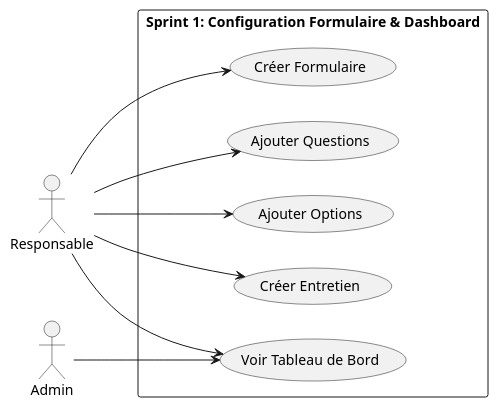
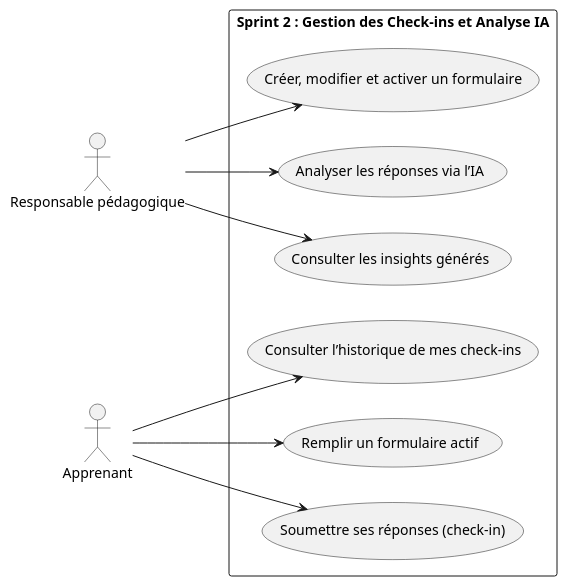
The diagram in Branche Fonctionnelle/Analyse/UseCaseSprint2.puml (bardichoussama/FileRouge), drawn with PlantUML before and after one commit. The commit also changed 348 other files, not shown here.

```diff
--- a/Branche Fonctionnelle/Analyse/UseCaseSprint2.puml
+++ b/Branche Fonctionnelle/Analyse/UseCaseSprint2.puml
@@ -1,23 +1,25 @@
 @startuml
 left to right direction
 
-actor Responsable
-actor Admin
+actor "Responsable pédagogique" as Resp
+actor "Apprenant" as Etu
 
-rectangle "Sprint 1: Configuration Formulaire & Dashboard" {
-  usecase "Créer Formulaire" as UC1
-  usecase "Ajouter Questions" as UC2
-  usecase "Ajouter Options" as UC3
-  usecase "Créer Entretien" as UC4
-  usecase "Voir Tableau de Bord" as UC5
+rectangle "Sprint 2 : Gestion des Check-ins et Analyse IA" {
+
+    usecase UC1 as "Créer, modifier et activer un formulaire"
+    usecase UC2 as "Remplir un formulaire actif"
+    usecase UC3 as "Soumettre ses réponses (check-in)"
+    usecase UC4 as "Analyser les réponses via l’IA"
+    usecase UC5 as "Consulter les insights générés"
+    usecase UC6 as "Consulter l’historique de mes check-ins"
+
+    Resp --> UC1
+    Resp --> UC4
+    Resp --> UC5
+
+    Etu --> UC2
+    Etu --> UC3
+    Etu --> UC6
 }
 
-Responsable --> UC1
-Responsable --> UC2
-Responsable --> UC3
-Responsable --> UC4
-Responsable --> UC5
-
-Admin --> UC5
-
 @enduml
```
